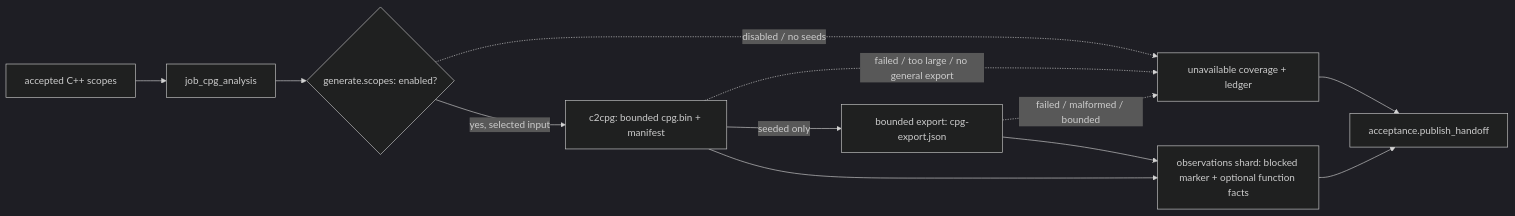
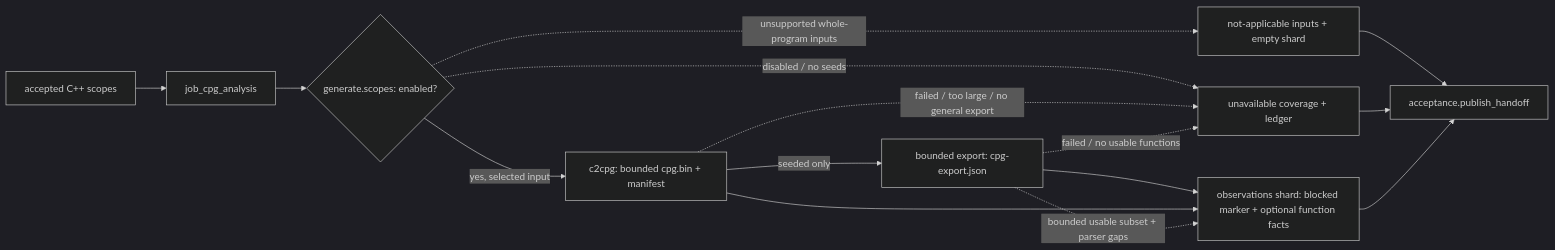
Before and after one commit to wsollers/appsec-review: the second of 2 diagrams in docs/operations/job_cpg_analysis.md, drawn with Mermaid (dark theme). The commit also changed other lines of this file and 11 other files, not shown here.

````diff
--- a/docs/operations/job_cpg_analysis.md
+++ b/docs/operations/job_cpg_analysis.md
@@ -262,14 +281,17 @@
 ```mermaid
 flowchart LR
   cpp["accepted C++ scopes"] --> job["job_cpg_analysis"]
   job --> enabled{"generate.scopes: enabled?"}
   enabled -->|yes, selected input| cpg["c2cpg: bounded cpg.bin + manifest"]
   cpg -->|seeded only| export["bounded export: cpg-export.json"]
   export --> shard["observations shard: blocked marker + optional function facts"]
   cpg --> shard
   enabled -. "disabled / no seeds" .-> gaps["unavailable coverage + ledger"]
+  enabled -. "unsupported whole-program inputs" .-> na["not-applicable inputs + empty shard"]
   cpg -. "failed / too large / no general export" .-> gaps
-  export -. "failed / malformed / bounded" .-> gaps
+  export -. "failed / no usable functions" .-> gaps
+  export -. "bounded usable subset + parser gaps" .-> shard
+  na --> publish
   gaps --> publish["acceptance.publish_handoff"]
   shard --> publish
 ```
````
